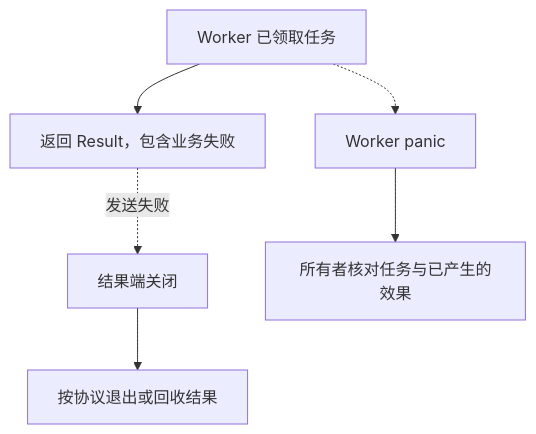
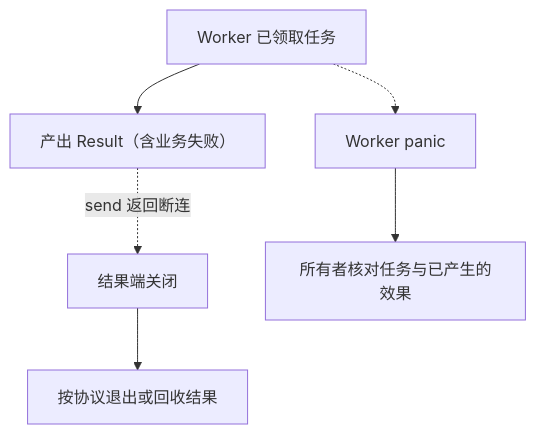
One commit to fordelkon/delkon.us.kg changed the second of 6 diagrams in content/posts/concurrency/message-passing-workers-backpressure.md. Above: the diagram before and after it, drawn with Mermaid. The commit also changed other lines of this file and 5 other files, not shown here.

First line of the commit message:
docs: audit concurrency series rigor, code comments, and diagrams

````diff
--- a/content/posts/concurrency/message-passing-workers-backpressure.md
+++ b/content/posts/concurrency/message-passing-workers-backpressure.md
@@ -164,17 +170,18 @@
 ```mermaid title="Worker 或下游失效后的任务归属" description="预期的业务失败作为结果返回。若 Worker 在处理时 panic，由任务池所有者检查尚未收到结果的任务；若结果接收端关闭，由 Worker 根据关停协议结束或回收结果。图中不自动重试，避免未知副作用被重复执行。"
 flowchart TB
  work["Worker 已领取任务"]
- business["返回 Result，包含业务失败"]
+ business["产出 Result（含业务失败）"]
  panic["Worker panic"]
  output["结果端关闭"]
  owner["所有者核对任务与已产生的效果"]
  stop["按协议退出或回收结果"]
  work --> business
  work -.-> panic
  panic --> owner
- business -.->|发送失败| output
+ business -.->|send 返回断连| output
  output --> stop
  class work,owner actor
  class business result
+ class stop state
  class panic,output risk
 ```
````
